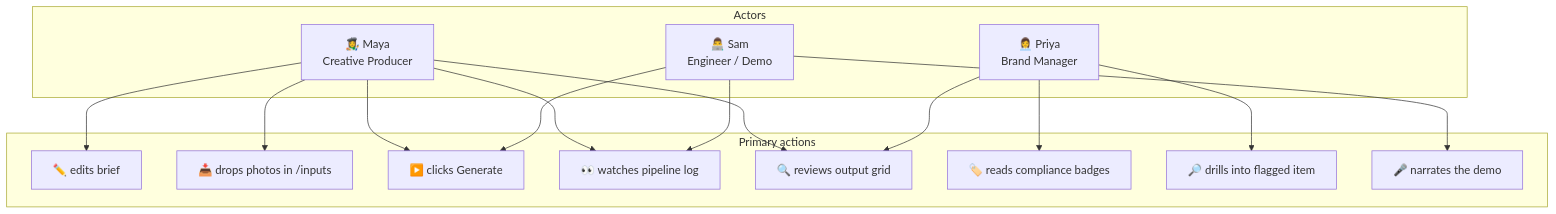
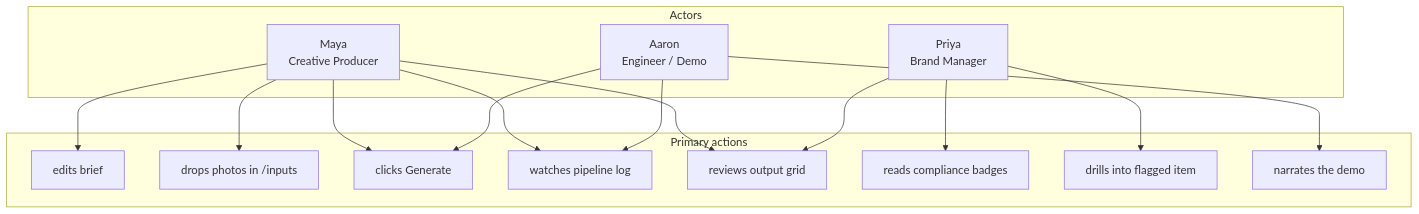
One commit to arndvs/cast changed the second of 5 diagrams in docs/system-map.md. Above: the diagram before and after it, drawn with Mermaid. The commit also changed other lines of this file and 1 other file, not shown here.

First line of the commit message:
docs: remove emojis from system-map and attributes diagrams

````diff
--- a/docs/system-map.md
+++ b/docs/system-map.md
@@ -44,33 +44,33 @@
 ```mermaid
 graph TB
     subgraph Actors
-        Maya["👩‍🎨 Maya<br/>Creative Producer"]
-        Priya["👩‍💼 Priya<br/>Brand Manager"]
-        Sam["👨‍💻 Sam<br/>Engineer / Demo"]
+        Maya["Maya<br/>Creative Producer"]
+        Priya["Priya<br/>Brand Manager"]
+        Aaron["Aaron<br/>Engineer / Demo"]
     end
 
     subgraph Verbs["Primary actions"]
-        Edit["✏️ edits brief"]
-        Drop["📥 drops photos in /inputs"]
-        Generate["▶️ clicks Generate"]
-        Watch["👀 watches pipeline log"]
-        Review["🔍 reviews output grid"]
-        Read["🏷️ reads compliance badges"]
-        Drill["🔎 drills into flagged item"]
-        Demo["🎤 narrates the demo"]
+        Edit["edits brief"]
+        Drop["drops photos in /inputs"]
+        Generate["clicks Generate"]
+        Watch["watches pipeline log"]
+        Review["reviews output grid"]
+        Read["reads compliance badges"]
+        Drill["drills into flagged item"]
+        Demo["narrates the demo"]
     end
 
     Maya --> Edit
     Maya --> Drop
     Maya --> Generate
     Maya --> Watch
     Maya --> Review
 
     Priya --> Review
     Priya --> Read
     Priya --> Drill
 
-    Sam --> Generate
-    Sam --> Watch
-    Sam --> Demo
+    Aaron --> Generate
+    Aaron --> Watch
+    Aaron --> Demo
 ```
````
